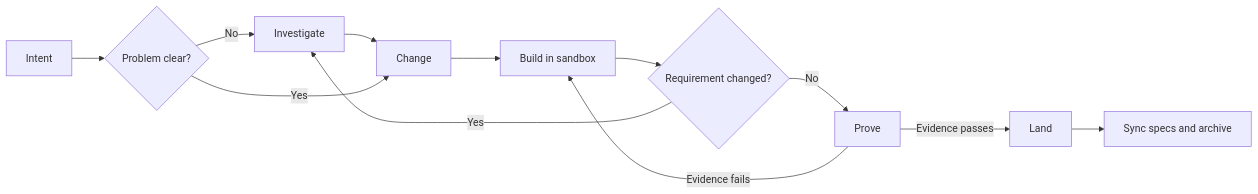
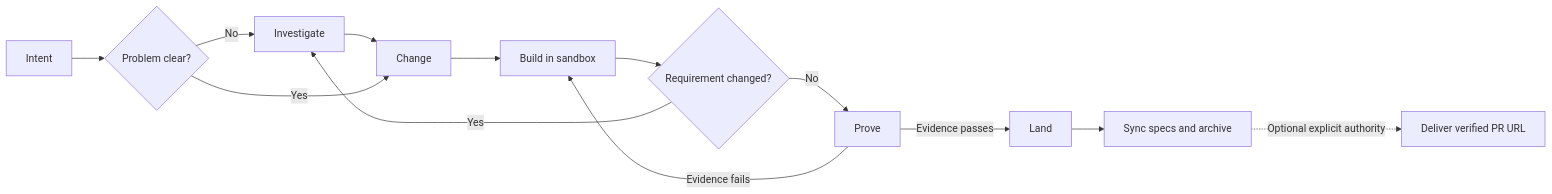
One commit to Maximumsoft-Co-LTD/claude-foundation changed the diagram in README.md. Above: the diagram before and after it, drawn with Mermaid. The commit also changed other lines of this file and 39 other files, not shown here.

Commit message:
feat(deliver): add optional pull request delivery

````diff
--- a/README.md
+++ b/README.md
@@ -379,14 +393,15 @@
 ```mermaid
 flowchart LR
     I[Intent] --> Q{Problem clear?}
     Q -- No --> X[Investigate]
     X --> C[Change]
     Q -- Yes --> C
     C --> B[Build in sandbox]
     B --> D{Requirement changed?}
     D -- Yes --> X
     D -- No --> P[Prove]
     P -- Evidence fails --> B
     P -- Evidence passes --> L[Land]
     L --> A[Sync specs and archive]
+    A -. Optional explicit authority .-> R[Deliver verified PR URL]
 ```
````
